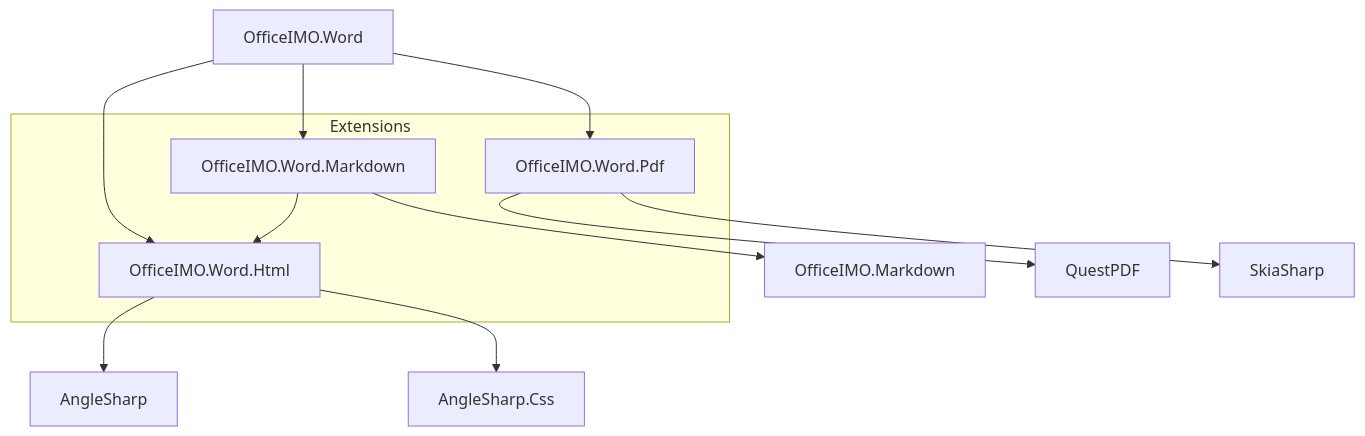
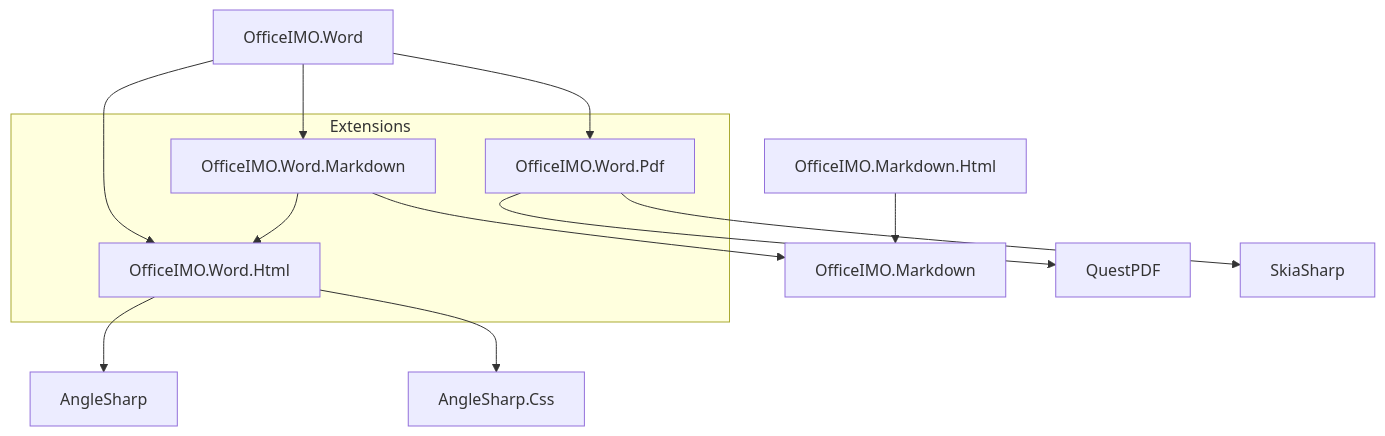
The first of 4 diagrams in README.md (EvotecIT/OfficeIMO), drawn with Mermaid before and after one commit. The commit also changed other lines of this file and 18 other files, not shown here.

Commit message:
Add markdown html conversion package prototype

````diff
--- a/README.md
+++ b/README.md
@@ -73,31 +74,33 @@
 ```mermaid
 flowchart TB
   WCore[OfficeIMO.Word]
   subgraph Extensions
     WHtml[OfficeIMO.Word.Html]
     WMd[OfficeIMO.Word.Markdown]
     WPdf[OfficeIMO.Word.Pdf]
   end
 
   %% External deps
   Angle[AngleSharp]
   AngleCss[AngleSharp.Css]
   OfficeIMO.Markdown
+  OMdHtml[OfficeIMO.Markdown.Html]
   Quest[QuestPDF]
   Skia[SkiaSharp]
 
   %% Core to extensions (install these when you need that capability)
   WCore --> WHtml
   WCore --> WMd
   WCore --> WPdf
 
   %% Extension uses
   WMd --> WHtml
 
   %% External dependencies per extension
   WHtml --> Angle
   WHtml --> AngleCss
+  OMdHtml --> OfficeIMO.Markdown
   WMd   --> OfficeIMO.Markdown
   WPdf  --> Quest
   WPdf  --> Skia
 ```
````
